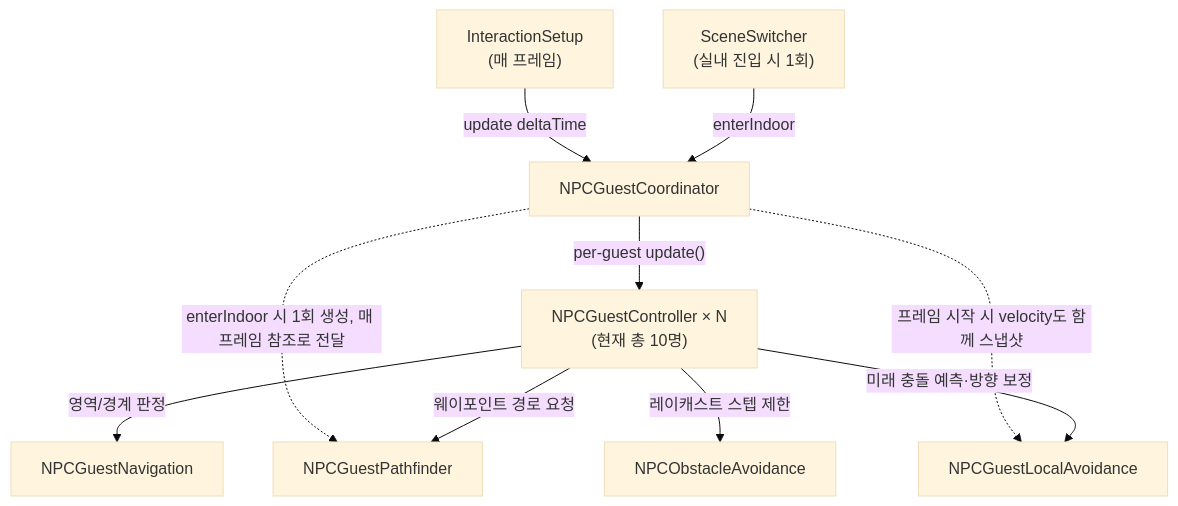
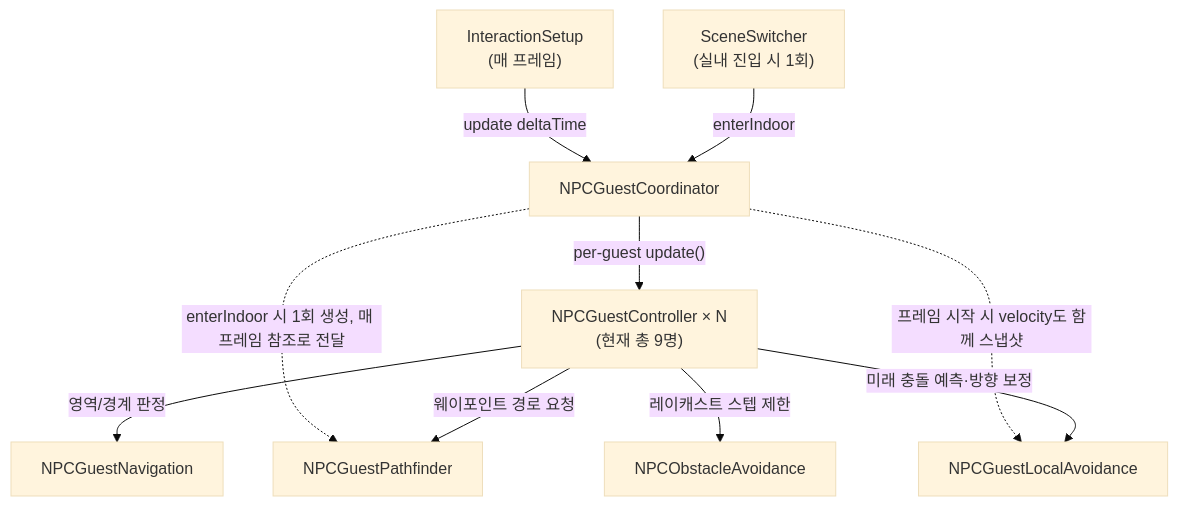
Before and after one commit to hgkim215/barrier-city: the first of 6 diagrams in docs/npc-guest-movement/README.md, drawn with Mermaid (base theme). The commit also changed other lines of this file and 16 other files, not shown here.

````diff
--- a/docs/npc-guest-movement/README.md
+++ b/docs/npc-guest-movement/README.md
@@ -35,12 +35,12 @@
 ```mermaid
 graph TD
     SS["SceneSwitcher\n(실내 진입 시 1회)"] -->|enterIndoor| COORD[NPCGuestCoordinator]
     IS["InteractionSetup\n(매 프레임)"] -->|update deltaTime| COORD
-    COORD -->|"per-guest update()"| CTRL["NPCGuestController × N\n(현재 총 10명)"]
+    COORD -->|"per-guest update()"| CTRL["NPCGuestController × N\n(현재 총 9명)"]
     CTRL -->|영역/경계 판정| NAV[NPCGuestNavigation]
     CTRL -->|"웨이포인트 경로 요청"| PATH[NPCGuestPathfinder]
     CTRL -->|"미래 충돌 예측·방향 보정"| LOCAL[NPCGuestLocalAvoidance]
     CTRL -->|"레이캐스트 스텝 제한"| AVOID[NPCObstacleAvoidance]
     COORD -.->|enterIndoor 시 1회 생성, 매 프레임 참조로 전달| PATH
     COORD -.->|"프레임 시작 시 velocity도 함께 스냅샷"| LOCAL
 ```
````
